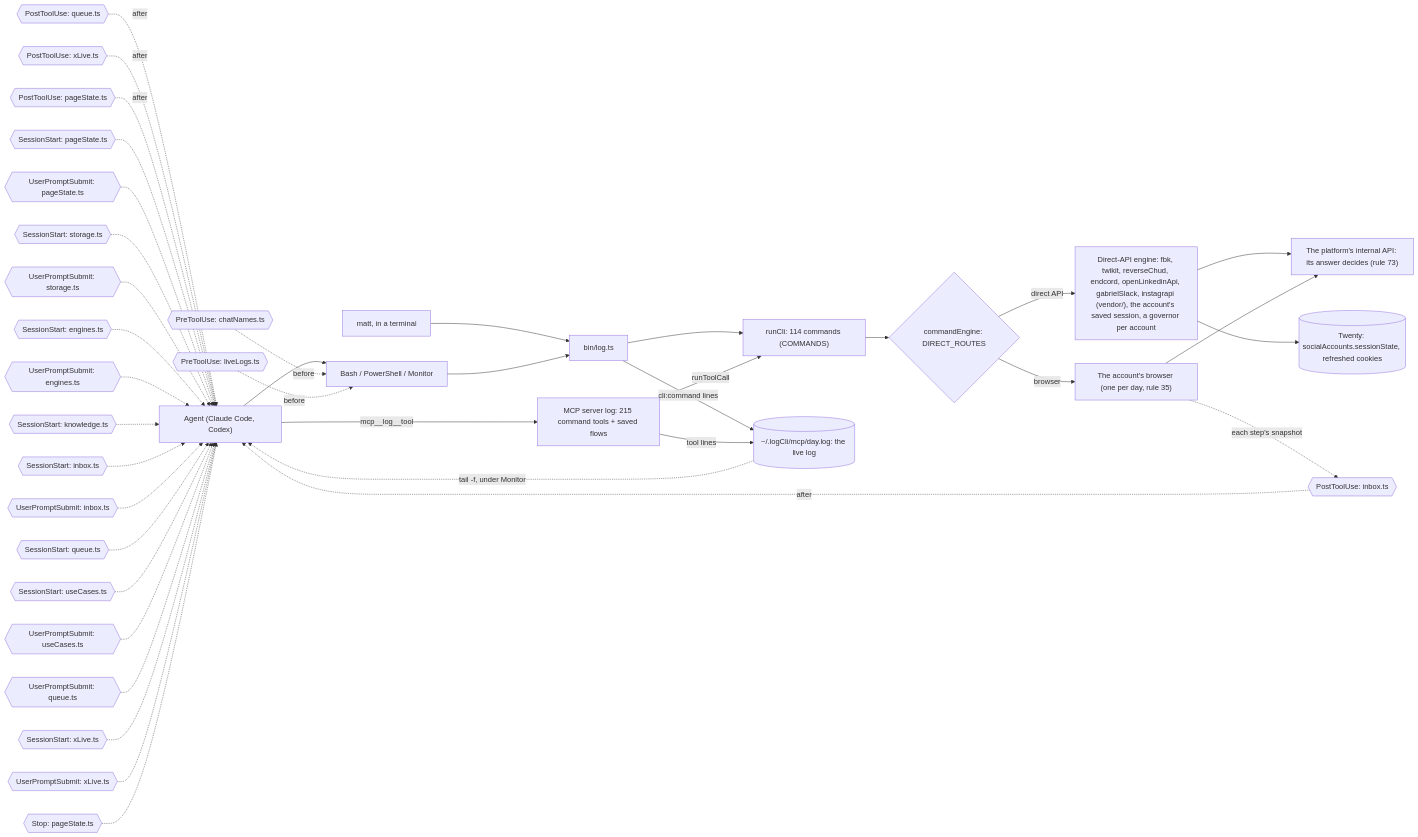
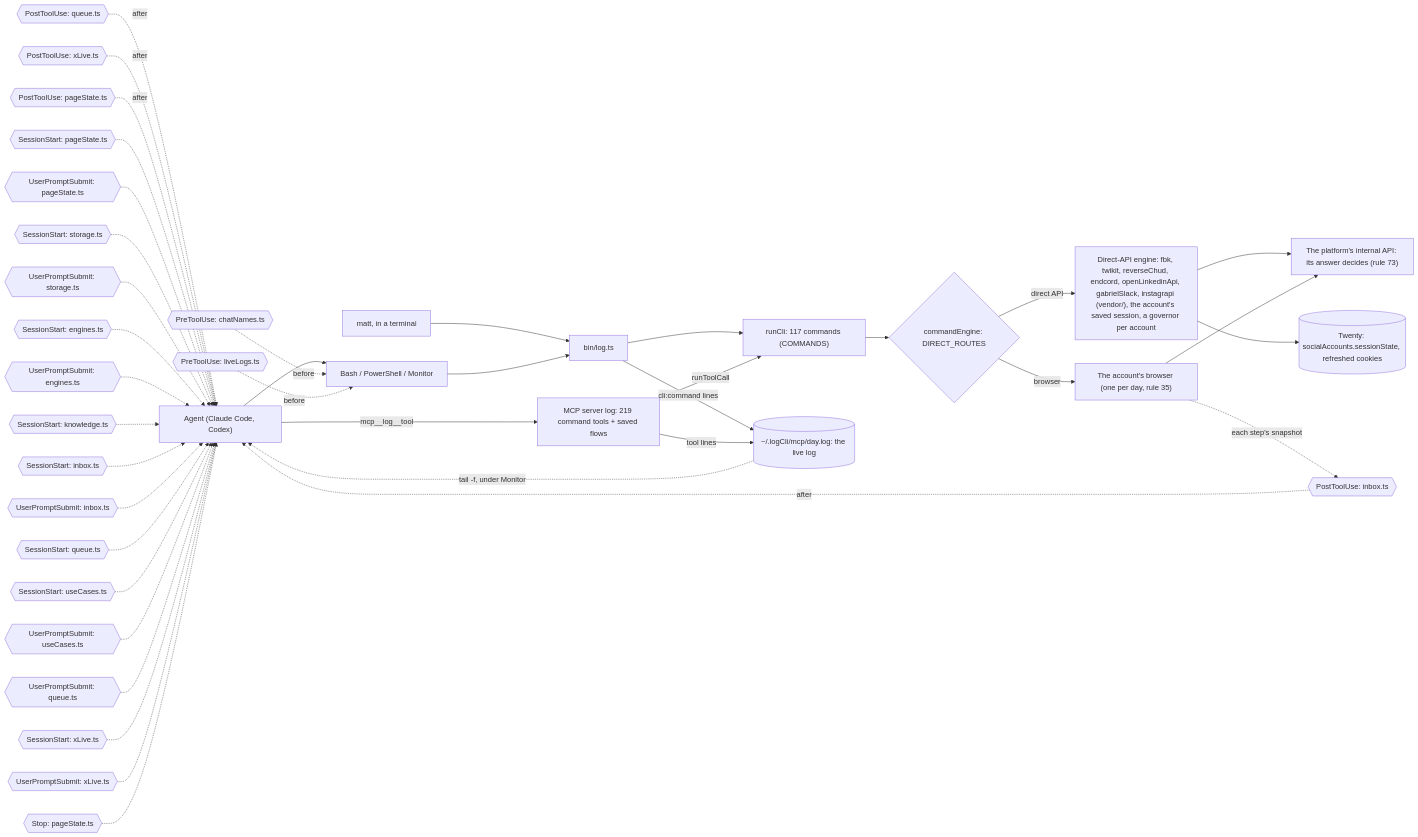
The third of 6 diagrams in docs/reference.md (matthewdonsemail-lab/log), drawn with Mermaid before and after one commit. The commit also changed other lines of this file and 25 other files, not shown here.

````diff
--- a/docs/reference.md
+++ b/docs/reference.md
@@ -199,53 +202,53 @@
 ```mermaid
 flowchart LR
   agent["Agent (Claude Code, Codex)"]
   matt["matt, in a terminal"]
   shell["Bash / PowerShell / Monitor"]
-  mcp["MCP server log: 215 command tools + saved flows"]
+  mcp["MCP server log: 219 command tools + saved flows"]
   bin["bin/log.ts"]
-  runCli["runCli: 114 commands (COMMANDS)"]
+  runCli["runCli: 117 commands (COMMANDS)"]
   live[("~/.logCli/mcp/day.log: the live log")]
   engine{"commandEngine: DIRECT_ROUTES"}
   direct["Direct-API engine: fbk, twikit, reverseChud, endcord, openLinkedinApi, gabrielSlack, instagrapi (vendor/), the account's saved session, a governor per account"]
   browser["The account's browser (one per day, rule 35)"]
   api["The platform's internal API: its answer decides (rule 73)"]
   twenty[("Twenty: socialAccounts.sessionState, refreshed cookies")]
   agent --> shell
   matt --> bin
   shell --> bin
   agent -->|mcp__log__tool| mcp
   bin --> runCli
   mcp -->|runToolCall| runCli
   runCli --> engine
   engine -->|direct API| direct
   engine -->|browser| browser
   direct --> api
   browser --> api
   direct --> twenty
   bin -->|cli:command lines| live
   mcp -->|tool lines| live
   live -.->|tail -f, under Monitor| agent
   pre0{{"PreToolUse: chatNames.ts"}} -.->|before| shell
   pre1{{"PreToolUse: liveLogs.ts"}} -.->|before| shell
   post0{{"PostToolUse: inbox.ts"}} -.->|after| agent
   post1{{"PostToolUse: queue.ts"}} -.->|after| agent
   post2{{"PostToolUse: xLive.ts"}} -.->|after| agent
   post3{{"PostToolUse: pageState.ts"}} -.->|after| agent
   turn0{{"SessionStart: pageState.ts"}} -.-> agent
   turn1{{"UserPromptSubmit: pageState.ts"}} -.-> agent
   turn2{{"SessionStart: storage.ts"}} -.-> agent
   turn3{{"UserPromptSubmit: storage.ts"}} -.-> agent
   turn4{{"SessionStart: engines.ts"}} -.-> agent
   turn5{{"UserPromptSubmit: engines.ts"}} -.-> agent
   turn6{{"SessionStart: knowledge.ts"}} -.-> agent
   turn7{{"SessionStart: inbox.ts"}} -.-> agent
   turn8{{"UserPromptSubmit: inbox.ts"}} -.-> agent
   turn9{{"SessionStart: queue.ts"}} -.-> agent
   turn10{{"SessionStart: useCases.ts"}} -.-> agent
   turn11{{"UserPromptSubmit: useCases.ts"}} -.-> agent
   turn12{{"UserPromptSubmit: queue.ts"}} -.-> agent
   turn13{{"SessionStart: xLive.ts"}} -.-> agent
   turn14{{"UserPromptSubmit: xLive.ts"}} -.-> agent
   turn15{{"Stop: pageState.ts"}} -.-> agent
   browser -.->|each step's snapshot| post0
 ```
````
